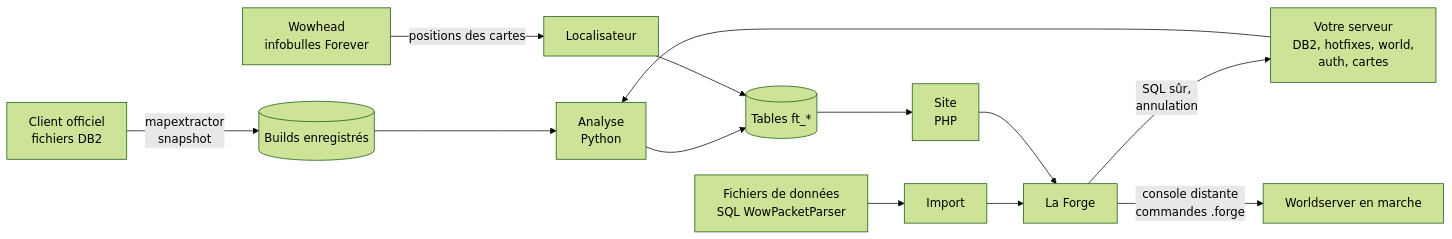
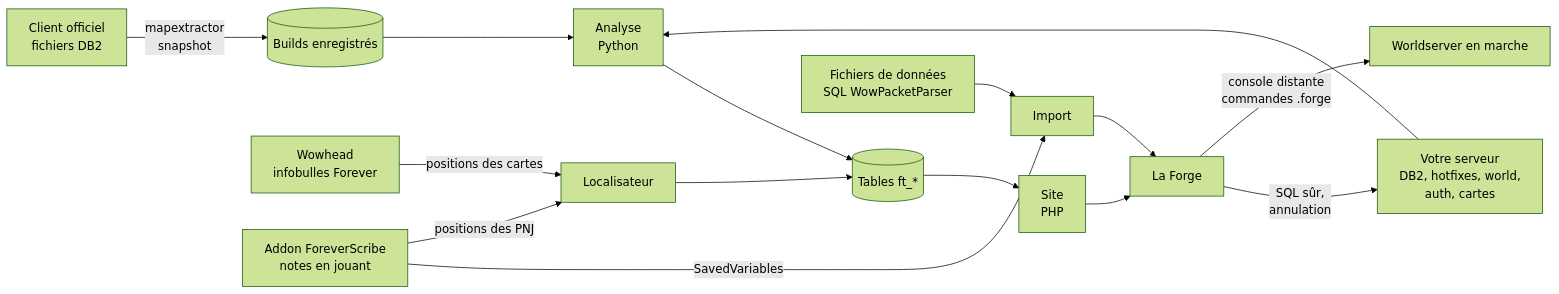
The diagram in README.fr.md (filinodz/ForeverTracker), drawn with Mermaid (forest theme) before and after one commit. The commit also changed other lines of this file and 43 other files, not shown here.

First line of the commit message:
ForeverTracker 1.3.0: ForeverScribe addon, vendor fixes

````diff
--- a/README.fr.md
+++ b/README.fr.md
@@ -128,11 +131,13 @@
 ```mermaid
 flowchart LR
     client[Client officiel<br/>fichiers DB2] -->|mapextractor<br/>snapshot| builds[(Builds enregistrés)]
     server[Votre serveur<br/>DB2, hotfixes, world,<br/>auth, cartes] --> analysis
     builds --> analysis[Analyse<br/>Python]
     analysis --> site[(Tables ft_*)] --> web[Site<br/>PHP]
     wowhead[Wowhead<br/>infobulles Forever] -->|positions des cartes| locator[Localisateur] --> site
-    files[Fichiers de données<br/>SQL WowPacketParser] --> imports[Import] --> forge
+    scribe[Addon ForeverScribe<br/>notes en jouant] -->|SavedVariables| imports[Import]
+    files[Fichiers de données<br/>SQL WowPacketParser] --> imports --> forge
+    scribe -->|positions des PNJ| locator
     web --> forge[La Forge] -->|SQL sûr,<br/>annulation| server
     forge -->|console distante<br/>commandes .forge| world[Worldserver en marche]
 ```
````
